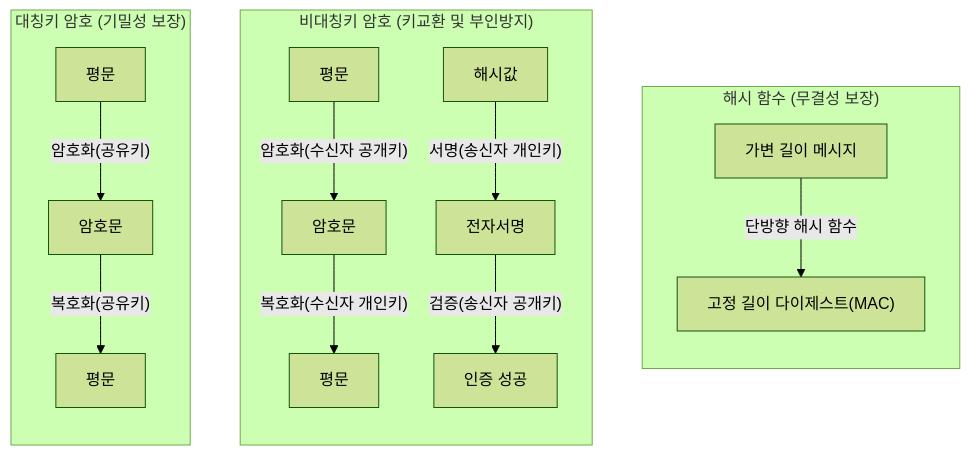
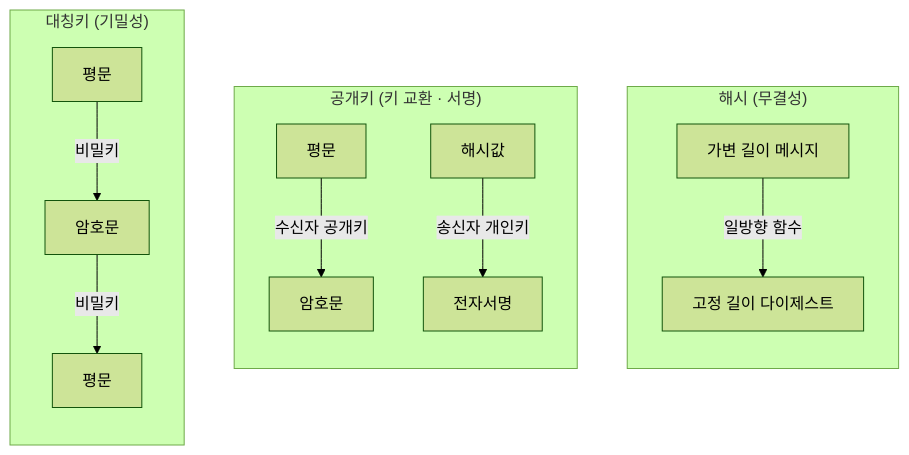
One commit to supremethumb/supremethumb.github.io changed the diagram in content/01_IT Tech/암호 알고리즘.md. Above: the diagram before and after it, drawn with Mermaid (forest theme). The commit also changed other lines of this file and 1087 other files, not shown here.

````diff
--- a/content/01_IT Tech/암호 알고리즘.md
+++ b/content/01_IT Tech/암호 알고리즘.md
@@ -26,22 +35,18 @@
 ```mermaid
 flowchart LR
-    subgraph Symmetric ["대칭키 암호 (기밀성 보장)"]
+    subgraph SYM["대칭키 (기밀성)"]
         direction TB
-        P1["평문"] -- "암호화(공유키)" --> C1["암호문"] -- "복호화(공유키)" --> D1["평문"]
+        P1["평문"] -->|"비밀키"| C1["암호문"]
+        C1 -->|"비밀키"| D1["평문"]
     end
-
-    subgraph Asymmetric ["비대칭키 암호 (키교환 및 부인방지)"]
+    subgraph ASYM["공개키 (키 교환 · 서명)"]
         direction TB
-        P2["평문"] -- "암호화(수신자 공개키)" --> C2["암호문"] -- "복호화(수신자 개인키)" --> D2["평문"]
-        P3["해시값"] -- "서명(송신자 개인키)" --> C3["전자서명"] -- "검증(송신자 공개키)" --> D3["인증 성공"]
+        P2["평문"] -->|"수신자 공개키"| C2["암호문"]
+        H2["해시값"] -->|"송신자 개인키"| S2["전자서명"]
     end
-
-    subgraph Hash ["해시 함수 (무결성 보장)"]
+    subgraph HASH["해시 (무결성)"]
         direction TB
-        M1["가변 길이 메시지"] -- "단방향 해시 함수" --> H1["고정 길이 다이제스트(MAC)"]
+        M3["가변 길이 메시지"] -->|"일방향 함수"| H3["고정 길이 다이제스트"]
     end
-
-    Symmetric ~~~ Asymmetric
-    Asymmetric ~~~ Hash
-
+    SYM ~~~ ASYM ~~~ HASH
 ```
````
